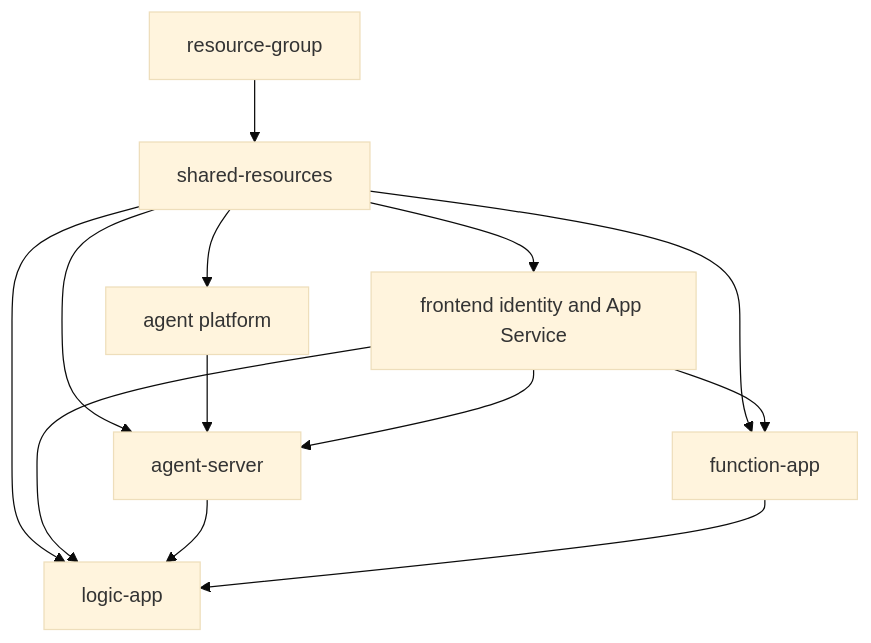
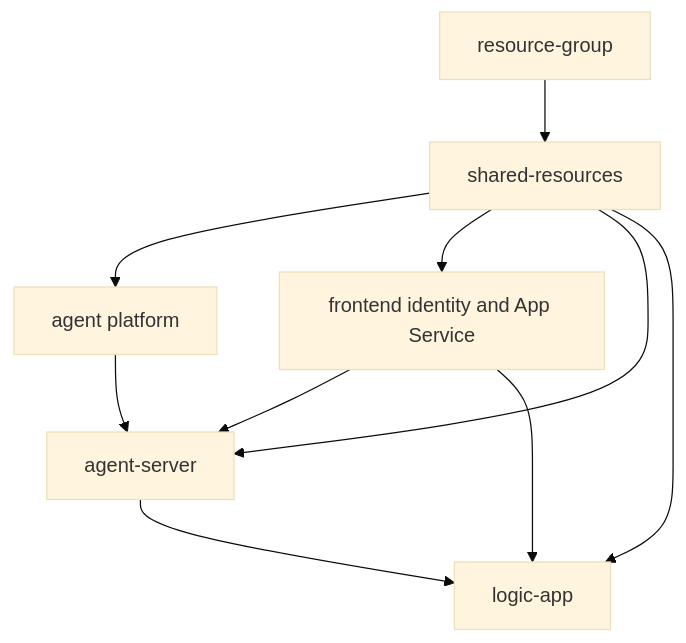
The first of 4 diagrams in tools/sdk-ai-bots/deployment/docs/deployment-architecture.md (Azure/azure-sdk-tools), drawn with Mermaid (base theme) before and after one commit. The commit also changed other lines of this file and 51 other files, not shown here.

````diff
--- a/tools/sdk-ai-bots/deployment/docs/deployment-architecture.md
+++ b/tools/sdk-ai-bots/deployment/docs/deployment-architecture.md
@@ -35,15 +34,12 @@
 ```mermaid
 graph TD
     RG[resource-group] --> SHARED[shared-resources]
     SHARED --> AGENT[agent platform]
     SHARED --> FRONTEND[frontend identity and App Service]
-    SHARED --> FUNCTION[function-app]
-    FRONTEND --> FUNCTION
     SHARED --> SERVER[agent-server]
     AGENT --> SERVER
     FRONTEND --> SERVER
     SHARED --> LOGIC[logic-app]
     FRONTEND --> LOGIC
     SERVER --> LOGIC
-    FUNCTION --> LOGIC
 ```
````
